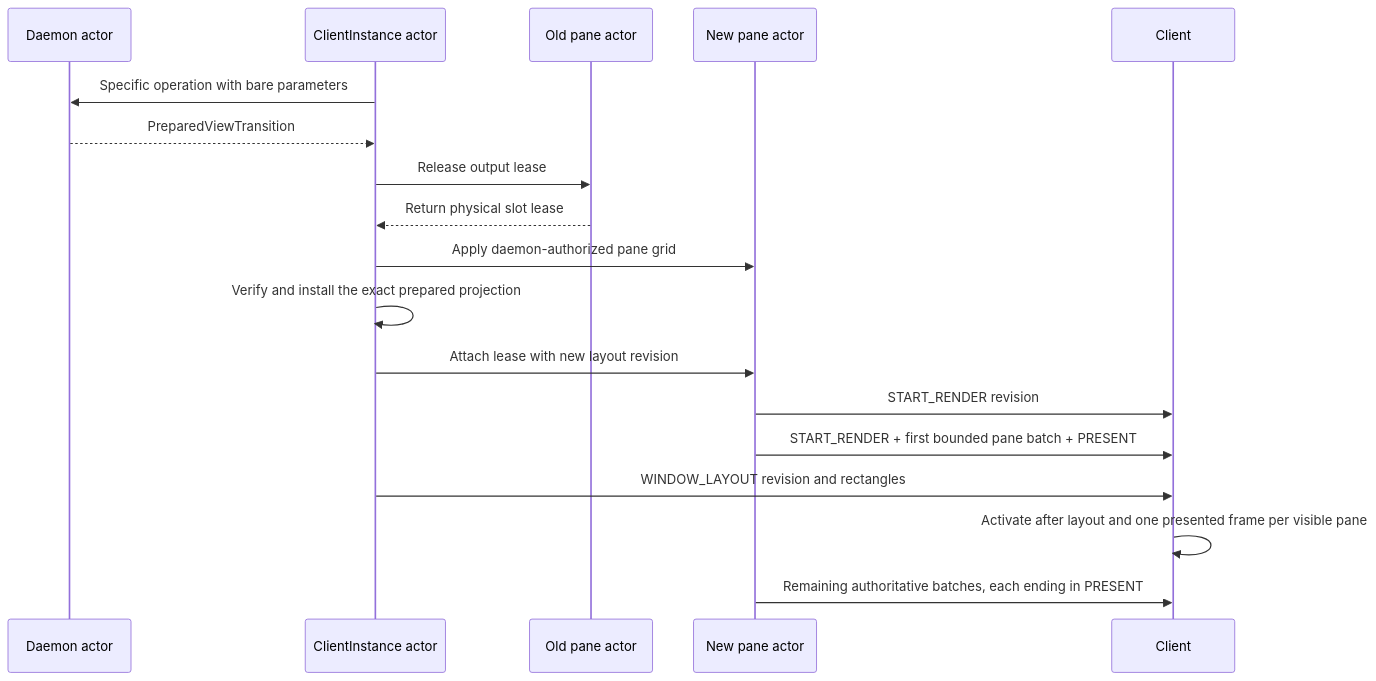
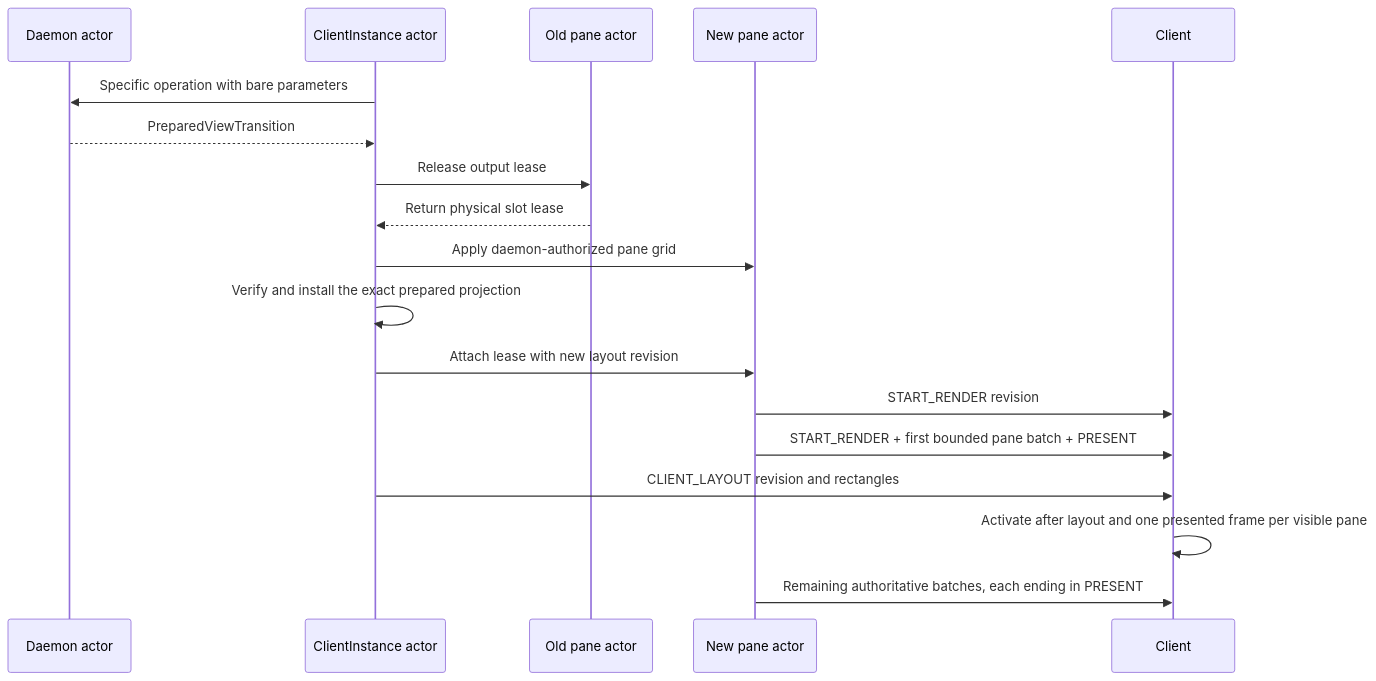
Before and after one commit to garindra/meja: the sixth of 8 diagrams in ARCHITECTURE.md, drawn with Mermaid. The commit also changed other lines of this file and 47 other files, not shown here.

````diff
--- a/ARCHITECTURE.md
+++ b/ARCHITECTURE.md
@@ -916,21 +938,21 @@
 ```mermaid
 sequenceDiagram
     participant D as Daemon actor
     participant S as ClientInstance actor
     participant O as Old pane actor
     participant N as New pane actor
     participant C as Client
 
     S->>D: Specific operation with bare parameters
     D-->>S: PreparedViewTransition
     S->>O: Release output lease
     O-->>S: Return physical slot lease
     S->>N: Apply daemon-authorized pane grid
     S->>S: Verify and install the exact prepared projection
     S->>N: Attach lease with new layout revision
     N->>C: START_RENDER revision
     N->>C: START_RENDER + first bounded pane batch + PRESENT
-    S->>C: WINDOW_LAYOUT revision and rectangles
+    S->>C: CLIENT_LAYOUT revision and rectangles
     C->>C: Activate after layout and one presented frame per visible pane
     N->>C: Remaining authoritative batches, each ending in PRESENT
 ```
````
